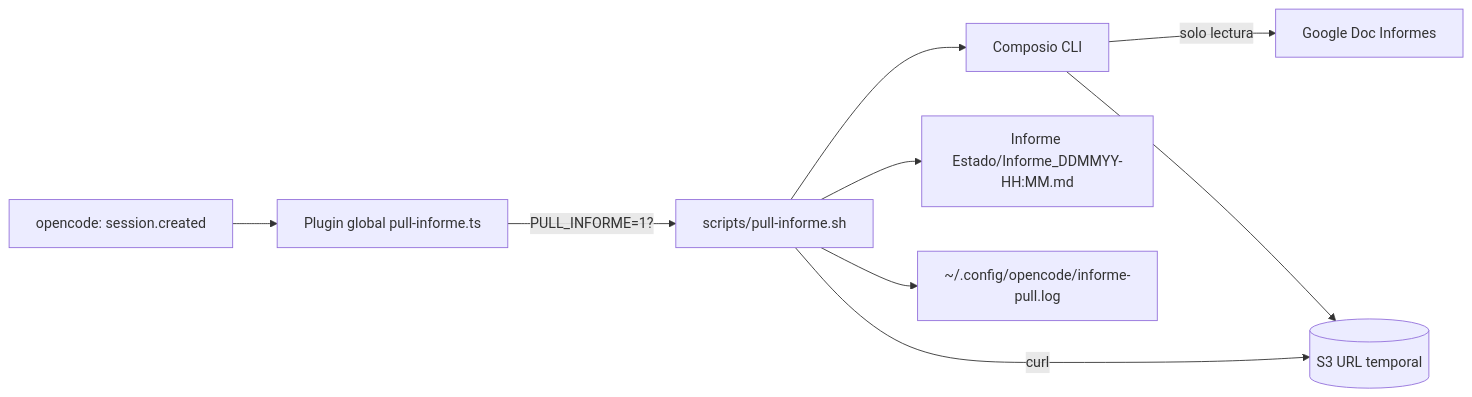
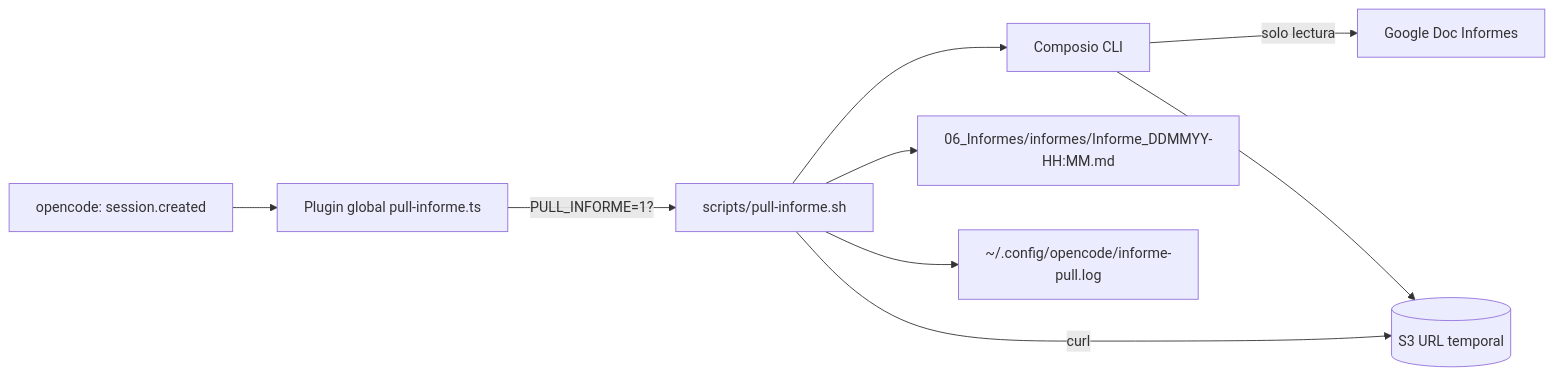
Before and after one commit to ManuelsAguilera/LicitacionContexto: the diagram in 06_Informes/informes/PULL_INFORME_SETUP.md, drawn with Mermaid. The commit also changed other lines of this file and 8 other files, not shown here.

Commit message:
Adapta referencias a la estructura actual y configura Graphify MCP

````diff
--- a/06_Informes/informes/PULL_INFORME_SETUP.md
+++ b/06_Informes/informes/PULL_INFORME_SETUP.md
@@ -9,11 +9,11 @@
 ```mermaid
 flowchart LR
     S[opencode: session.created] --> P[Plugin global pull-informe.ts]
     P -->|PULL_INFORME=1?| SH[scripts/pull-informe.sh]
     SH --> C[Composio CLI]
     C -->|solo lectura| G[Google Doc Informes]
     C --> S3[(S3 URL temporal)]
     SH -->|curl| S3
-    SH --> MD[Informe Estado/Informe_DDMMYY-HH:MM.md]
+    SH --> MD[06_Informes/informes/Informe_DDMMYY-HH:MM.md]
     SH --> LOG[~/.config/opencode/informe-pull.log]
 ```
````
